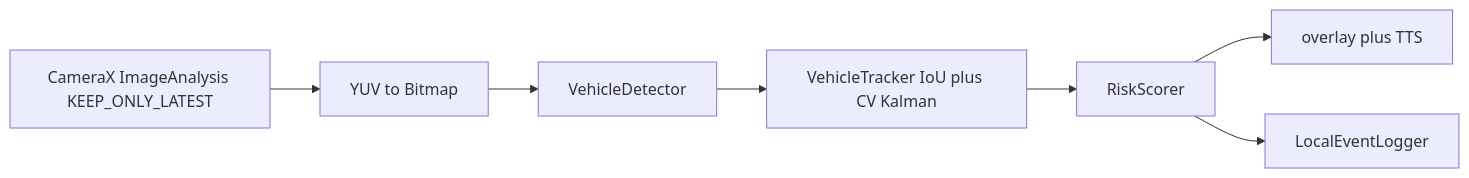
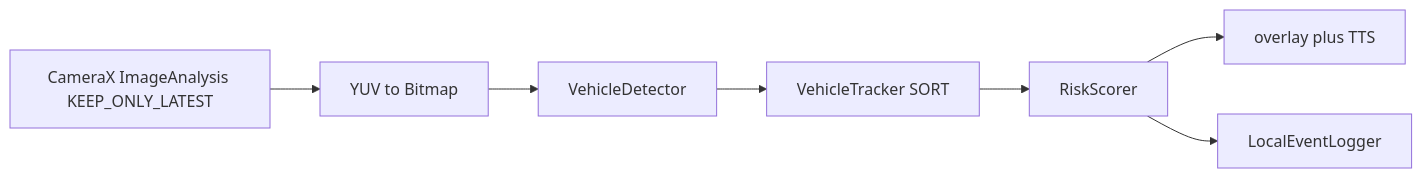
The diagram in README.md (taiyuz/smart-glasses-safety), drawn with Mermaid before and after one commit. The commit also changed other lines of this file and 1 other file, not shown here.

````diff
--- a/README.md
+++ b/README.md
@@ -27,9 +28,9 @@
 ```mermaid
 flowchart LR
   cam[CameraX ImageAnalysis KEEP_ONLY_LATEST] --> bmp[YUV to Bitmap]
   bmp --> det[VehicleDetector]
-  det --> tr[VehicleTracker IoU plus CV Kalman]
+  det --> tr[VehicleTracker SORT]
   tr --> risk[RiskScorer]
   risk --> ui[overlay plus TTS]
   risk --> log[LocalEventLogger]
 ```
````
